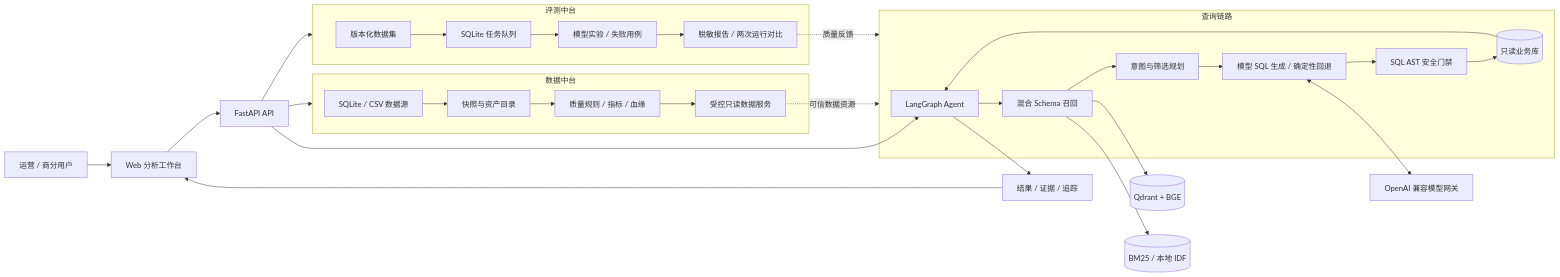
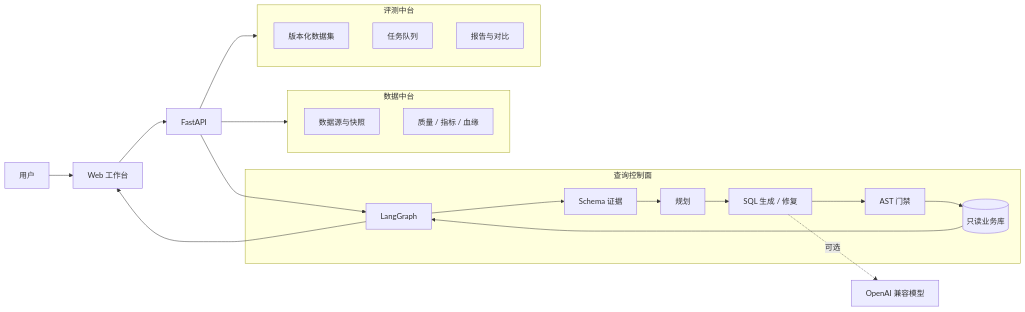
The diagram in README.md (sun-sh/atlas-bi-nl2sql), drawn with Mermaid before and after one commit. The commit also changed other lines of this file and 1 other file, not shown here.

Commit message:
docs: rewrite README as an open-source project page

````diff
--- a/README.md
+++ b/README.md
@@ -42,42 +83,33 @@
 ```mermaid
 flowchart LR
-    U[运营 / 商分用户] --> W[Web 分析工作台]
-    W --> A[FastAPI API]
+    U[用户] --> W[Web 工作台]
+    W --> A[FastAPI]
 
-    subgraph Query[查询链路]
-        G[LangGraph Agent]
-        R[混合 Schema 召回]
-        P[意图与筛选规划]
-        S[模型 SQL 生成 / 确定性回退]
-        V[SQL AST 安全门禁]
+    subgraph Query[查询控制面]
+        G[LangGraph]
+        R[Schema 证据]
+        P[规划]
+        S[SQL 生成 / 修复]
+        V[AST 门禁]
         D[(只读业务库)]
     end
 
     subgraph Data[数据中台]
-        DS[SQLite / CSV 数据源]
-        SN[快照与资产目录]
-        QR[质量规则 / 指标 / 血缘]
-        DQ[受控只读数据服务]
+        DS[数据源与快照]
+        QR[质量 / 指标 / 血缘]
     end
 
     subgraph Eval[评测中台]
         EDT[版本化数据集]
-        EQ[SQLite 任务队列]
-        EX[模型实验 / 失败用例]
-        ER[脱敏报告 / 两次运行对比]
+        EQ[任务队列]
+        ER[报告与对比]
     end
 
     A --> G
     G --> R --> P --> S --> V --> D
-    R --> Q[(Qdrant + BGE)]
-    R --> E[(BM25 / 本地 IDF)]
-    S <--> M[OpenAI 兼容模型网关]
-    D --> G --> T[结果 / 证据 / 追踪] --> W
-
+    S -.可选.-> M[OpenAI 兼容模型]
     A --> Data
-    DS --> SN --> QR --> DQ
     A --> Eval
-    EDT --> EQ --> EX --> ER
-    DQ -.可信数据资源.-> Query
-    ER -.质量反馈.-> Query
+    D --> G
+    G --> W
 ```
````
